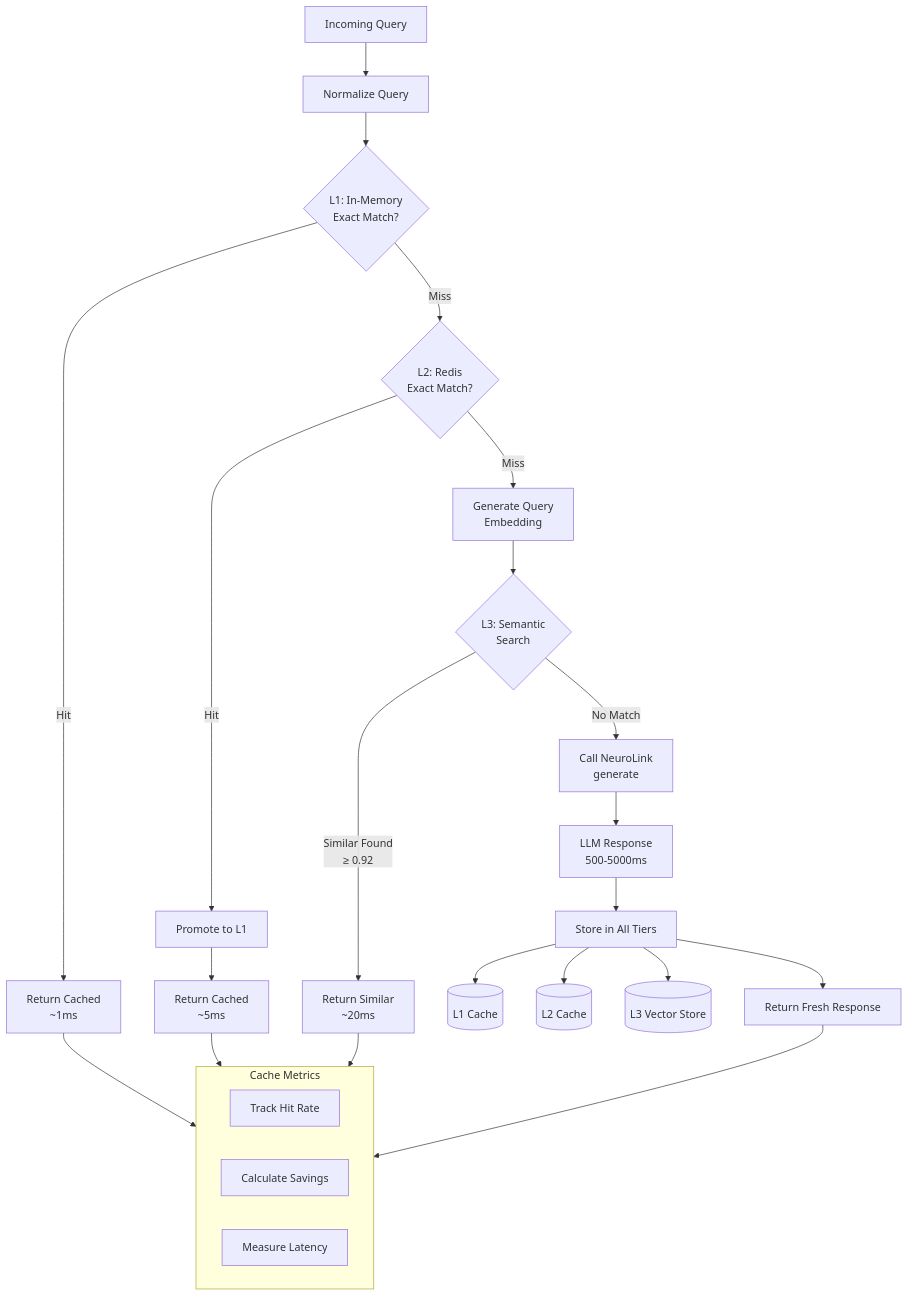
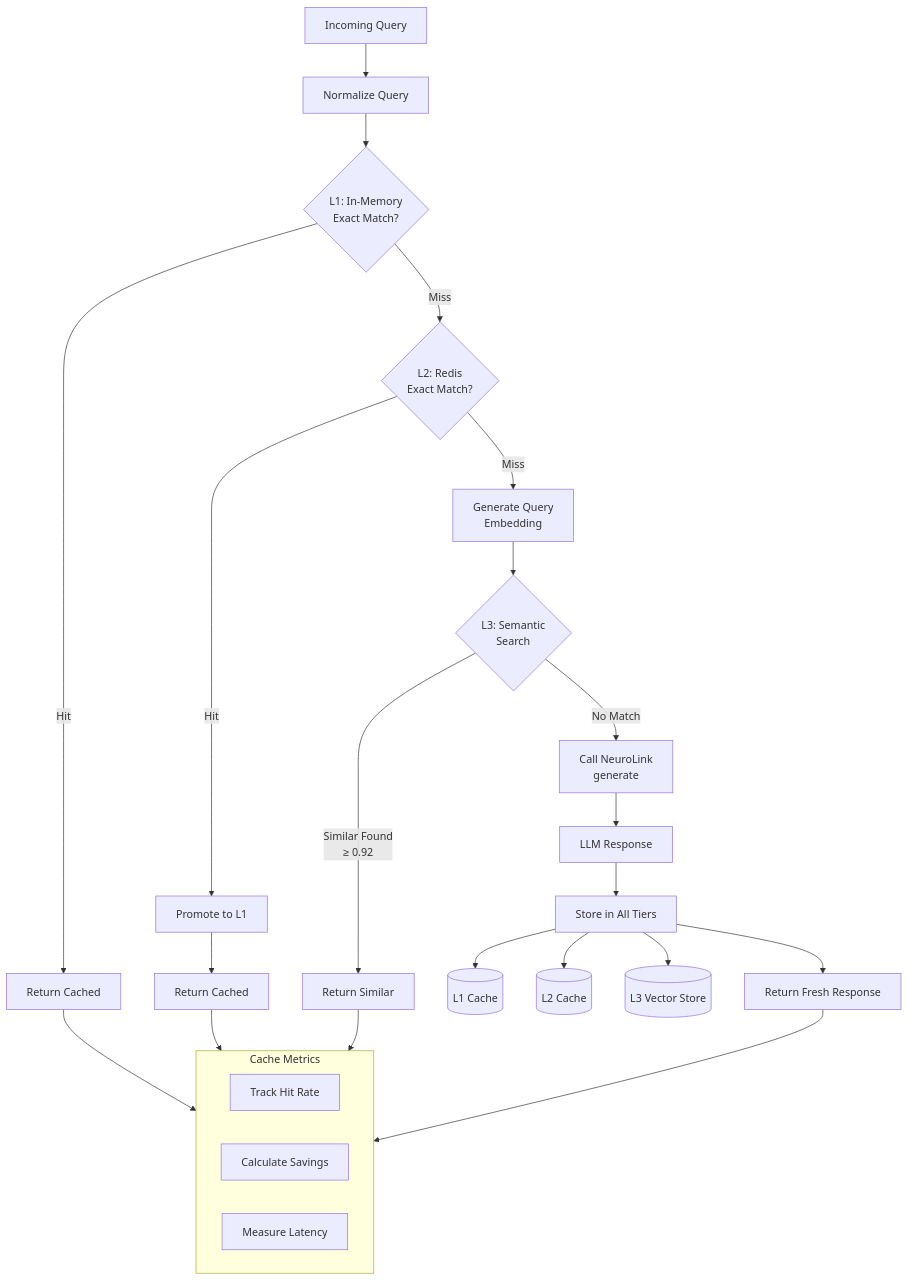
Before and after one commit to juspay/neurolink-blog: the diagram in _posts/2025-12-08-caching-strategies.md, drawn with Mermaid. The commit also changed other lines of this file and 172 other files, not shown here.

````diff
--- a/_posts/2025-12-08-caching-strategies.md
+++ b/_posts/2025-12-08-caching-strategies.md
@@ -37,35 +37,35 @@
 ```mermaid
 flowchart TB
     Request[Incoming Query]
     Request --> Normalize[Normalize Query]
     Normalize --> L1{L1: In-Memory<br/>Exact Match?}
 
-    L1 -->|Hit| L1Response[Return Cached<br/>~1ms]
+    L1 -->|Hit| L1Response[Return Cached]
     L1 -->|Miss| L2{L2: Redis<br/>Exact Match?}
 
     L2 -->|Hit| PromoteL1[Promote to L1]
-    PromoteL1 --> L2Response[Return Cached<br/>~5ms]
+    PromoteL1 --> L2Response[Return Cached]
     L2 -->|Miss| Embed[Generate Query<br/>Embedding]
 
     Embed --> L3{L3: Semantic<br/>Search}
-    L3 -->|Similar Found<br/>≥ 0.92| SemanticResponse[Return Similar<br/>~20ms]
+    L3 -->|Similar Found<br/>≥ 0.92| SemanticResponse[Return Similar]
     L3 -->|No Match| LLM[Call NeuroLink<br/>generate]
 
-    LLM --> Response[LLM Response<br/>500-5000ms]
+    LLM --> Response[LLM Response]
     Response --> StoreAll[Store in All Tiers]
     StoreAll --> L1Cache[("L1 Cache")]
     StoreAll --> L2Cache[("L2 Cache")]
     StoreAll --> L3Cache[("L3 Vector Store")]
     StoreAll --> FinalResponse[Return Fresh Response]
 
     subgraph Metrics["Cache Metrics"]
         HitRate[Track Hit Rate]
         CostSaved[Calculate Savings]
         Latency[Measure Latency]
     end
 
     L1Response --> Metrics
     L2Response --> Metrics
     SemanticResponse --> Metrics
     FinalResponse --> Metrics
 ```
````
